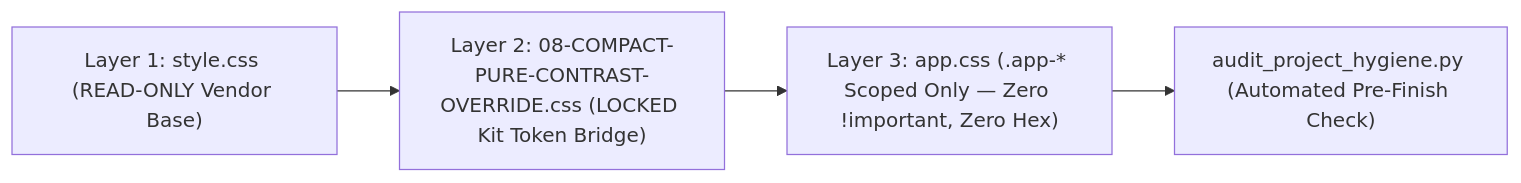
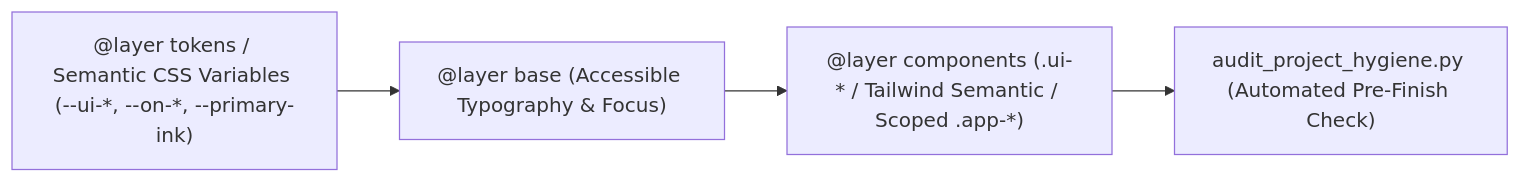
One commit to KeithTorda/agkit2 changed the diagram in docs/AI-ERROR-REGISTRY.md. Above: the diagram before and after it, drawn with Mermaid. The commit also changed other lines of this file and 387 other files, not shown here.

````diff
--- a/docs/AI-ERROR-REGISTRY.md
+++ b/docs/AI-ERROR-REGISTRY.md
@@ -10,6 +10,6 @@
 ```mermaid
 flowchart LR
-  L1["Layer 1: style.css (READ-ONLY Vendor Base)"] --> L2["Layer 2: 08-COMPACT-PURE-CONTRAST-OVERRIDE.css (LOCKED Kit Token Bridge)"]
-  L2 --> L3["Layer 3: app.css (.app-* Scoped Only — Zero !important, Zero Hex)"]
-  L3 --> Guard["audit_project_hygiene.py (Automated Pre-Finish Check)"]
+  T["@layer tokens / Semantic CSS Variables (--ui-*, --on-*, --primary-ink)"] --> B["@layer base (Accessible Typography & Focus)"]
+  B --> C["@layer components (.ui-* / Tailwind Semantic / Scoped .app-*)"]
+  C --> Guard["audit_project_hygiene.py (Automated Pre-Finish Check)"]
 ```
````
